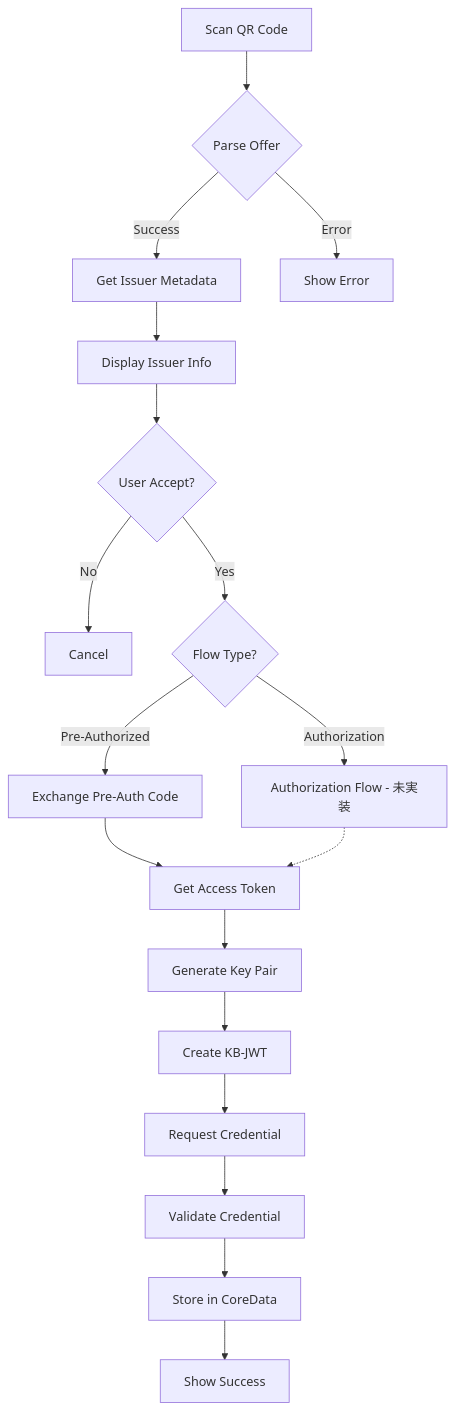
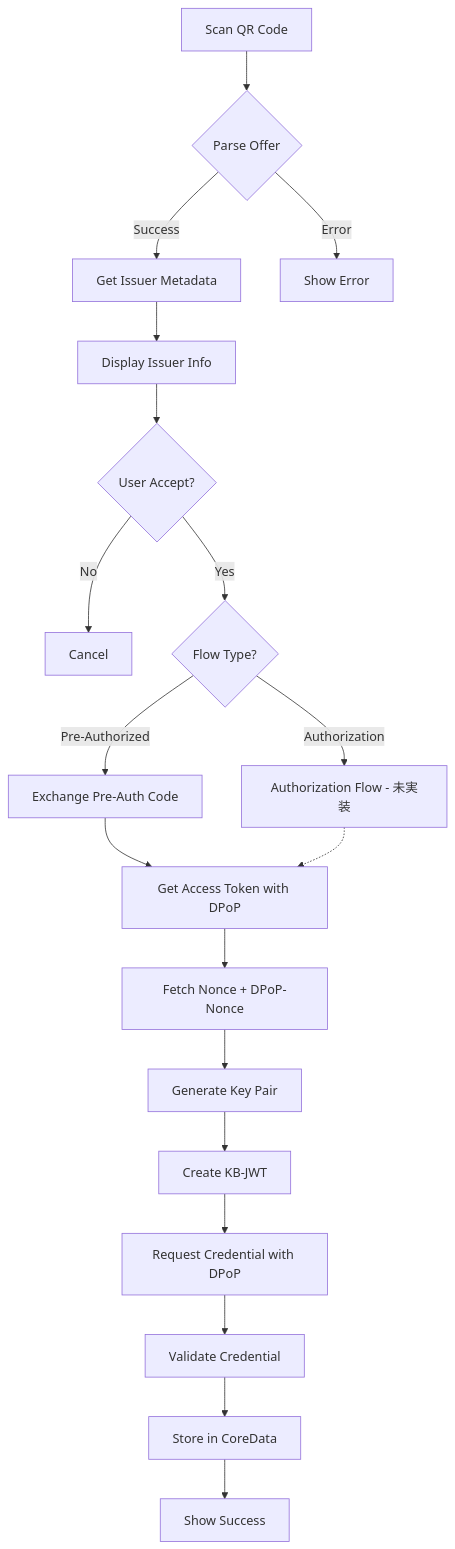
Before and after one commit to ryosuke-wakaba/OWND-Wallet-iOS: the diagram in docs/features/credential-issuance.md, drawn with Mermaid. The commit also changed other lines of this file and 1 other file, not shown here.

First line of the commit message:
docs: Update credential-issuance.md with DPoP implementation details

````diff
--- a/docs/features/credential-issuance.md
+++ b/docs/features/credential-issuance.md
@@ -111,20 +113,21 @@
 ```mermaid
 graph TD
     A[Scan QR Code] --> B{Parse Offer}
     B -->|Success| C[Get Issuer Metadata]
     B -->|Error| Z[Show Error]
     C --> D[Display Issuer Info]
     D --> E{User Accept?}
     E -->|No| Y[Cancel]
     E -->|Yes| F{Flow Type?}
     F -->|Pre-Authorized| G[Exchange Pre-Auth Code]
     F -->|Authorization| H[Authorization Flow - 未実装]
-    G --> I[Get Access Token]
+    G --> I[Get Access Token with DPoP]
     H -.-> I
-    I --> J[Generate Key Pair]
-    J --> K[Create KB-JWT]
-    K --> L[Request Credential]
-    L --> M[Validate Credential]
-    M --> N[Store in CoreData]
-    N --> O[Show Success]
+    I --> J[Fetch Nonce + DPoP-Nonce]
+    J --> K[Generate Key Pair]
+    K --> L[Create KB-JWT]
+    L --> M[Request Credential with DPoP]
+    M --> N[Validate Credential]
+    N --> O[Store in CoreData]
+    O --> P[Show Success]
 ```
````
